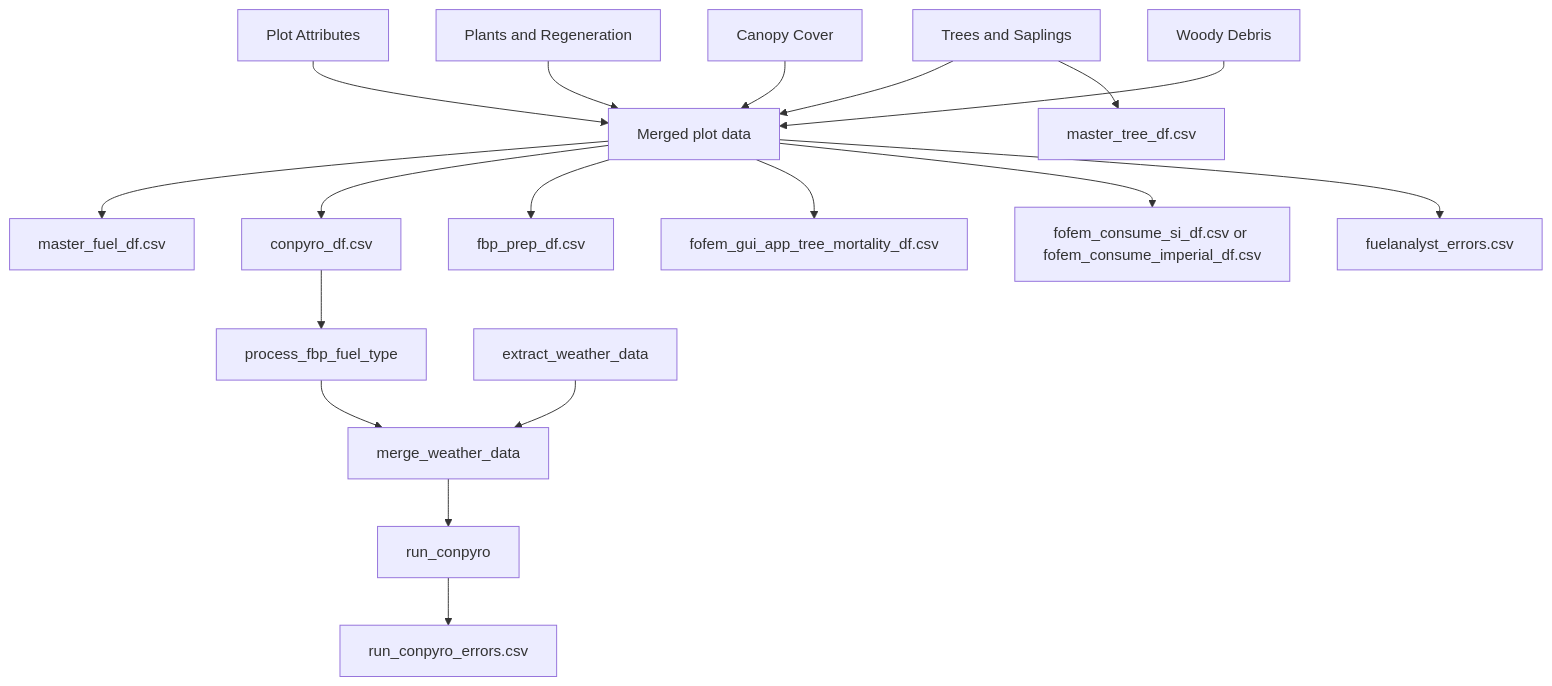
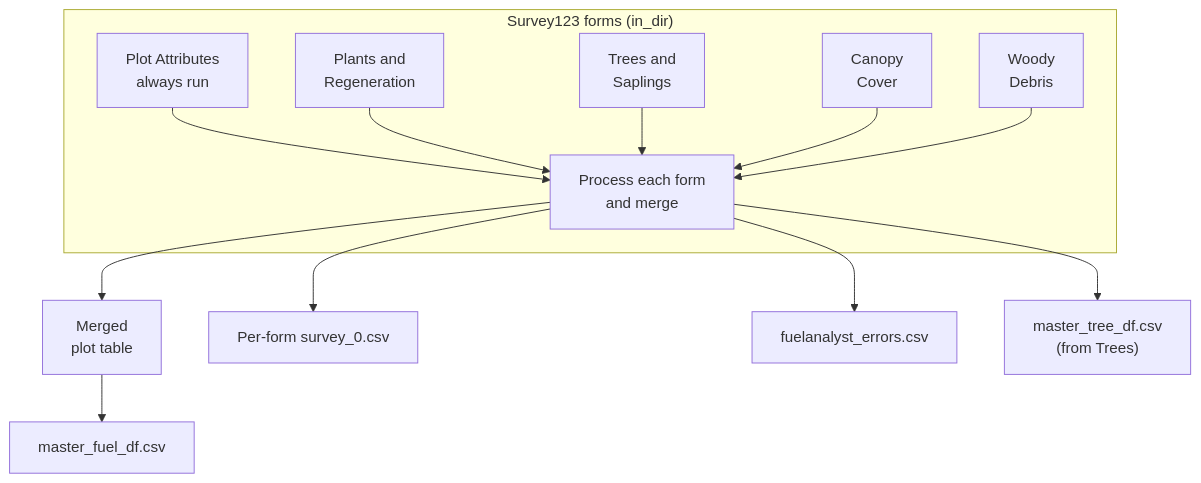
The first of 4 diagrams in docs/CODEBASE.md (gagreene/FuelAnalyst), drawn with Mermaid before and after one commit. The commit also changed other lines of this file, not shown here.

First line of the commit message:
Redraw the CODEBASE.md data flow diagrams

````diff
--- a/docs/CODEBASE.md
+++ b/docs/CODEBASE.md
@@ -253,22 +260,22 @@
 ```mermaid
 flowchart TD
-    P[Plot Attributes] --> M[Merged plot data]
-    PR[Plants and Regeneration] --> M
-    T[Trees and Saplings] --> M
-    C[Canopy Cover] --> M
-    W[Woody Debris] --> M
+    subgraph FORMS["Survey123 forms (in_dir)"]
+        P["Plot Attributes<br/>always run"]
+        PR["Plants and<br/>Regeneration"]
+        T["Trees and<br/>Saplings"]
+        C["Canopy<br/>Cover"]
+        W["Woody<br/>Debris"]
+        HUB["Process each form<br/>and merge"]
+        P --> HUB
+        PR --> HUB
+        T --> HUB
+        C --> HUB
+        W --> HUB
+    end
 
-    M --> MF[master_fuel_df.csv]
-    T --> MT[master_tree_df.csv]
-    M --> CP[conpyro_df.csv]
-    M --> FP[fbp_prep_df.csv]
-    M --> FT[fofem_gui_app_tree_mortality_df.csv]
-    M --> FC[fofem_consume_si_df.csv or fofem_consume_imperial_df.csv]
-    M --> ER[fuelanalyst_errors.csv]
-
-    CP --> FBP[process_fbp_fuel_type]
-    WX[extract_weather_data] --> MW[merge_weather_data]
-    FBP --> MW
-    MW --> RC[run_conpyro]
-    RC --> RER[run_conpyro_errors.csv]
+    HUB --> PD["Merged<br/>plot table"]
+    HUB --> FORMCSV["Per-form survey_0.csv"]
+    HUB --> ER["fuelanalyst_errors.csv"]
+    HUB --> MT["master_tree_df.csv<br/>(from Trees)"]
+    PD --> MF["master_fuel_df.csv"]
 ```
````
